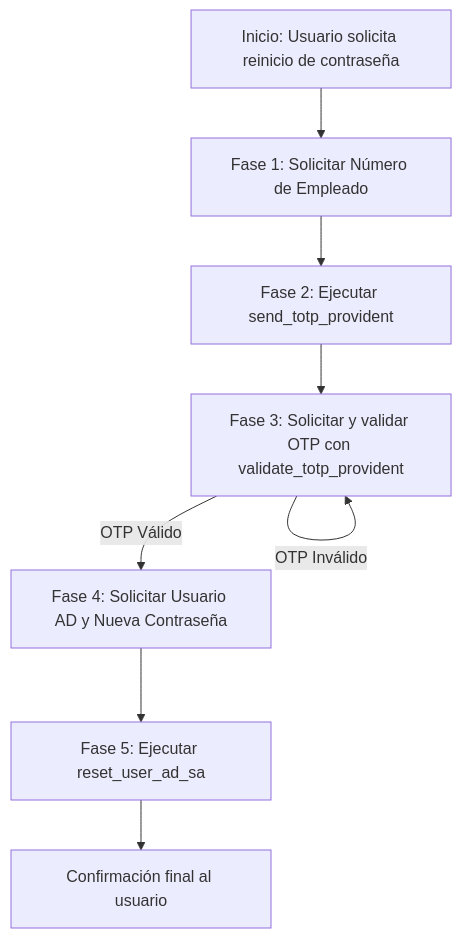
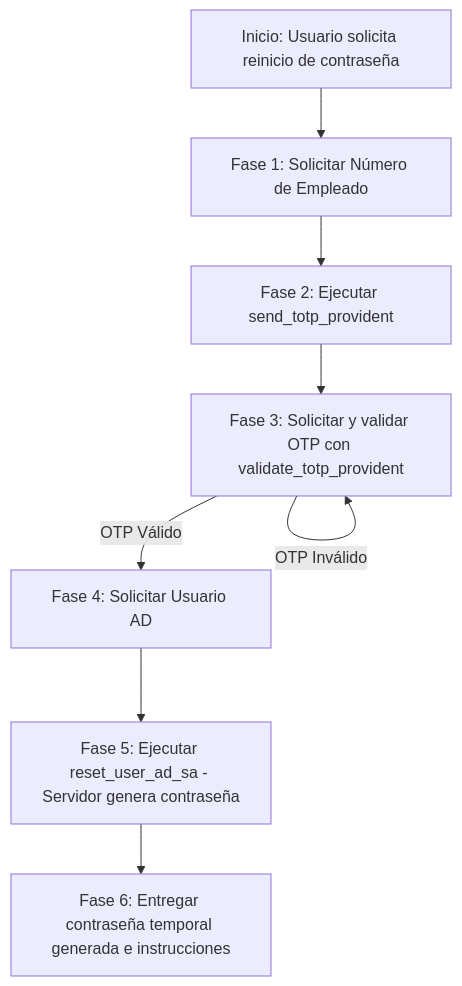
One commit to mamartiner07/MCP-PROV changed the diagram in SYSTEM_PROMPT.md. Above: the diagram before and after it, drawn with Mermaid. The commit also changed other lines of this file and 4 other files, not shown here.

````diff
--- a/SYSTEM_PROMPT.md
+++ b/SYSTEM_PROMPT.md
@@ -32,10 +35,10 @@
 ```mermaid
 graph TD
     A[Inicio: Usuario solicita reinicio de contraseña] --> B[Fase 1: Solicitar Número de Empleado]
     B --> C[Fase 2: Ejecutar send_totp_provident]
     C --> D[Fase 3: Solicitar y validar OTP con validate_totp_provident]
-    D -- OTP Válido --> E[Fase 4: Solicitar Usuario AD y Nueva Contraseña]
+    D -- OTP Válido --> E[Fase 4: Solicitar Usuario AD]
     D -- OTP Inválido --> D
-    E --> F[Fase 5: Ejecutar reset_user_ad_sa]
-    F --> G[Confirmación final al usuario]
+    E --> F[Fase 5: Ejecutar reset_user_ad_sa - Servidor genera contraseña]
+    F --> G[Fase 6: Entregar contraseña temporal generada e instrucciones]
 ```
````
